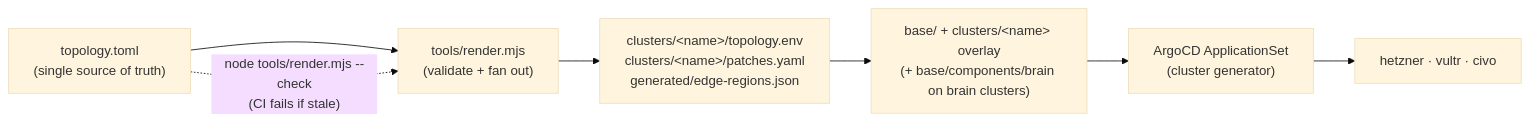
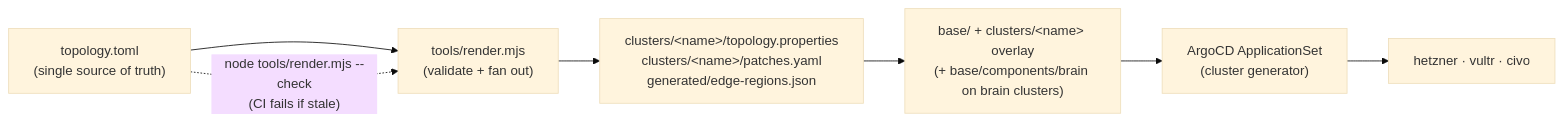
Before and after one commit to fiducia-cloud/fiducia-infra: the eighth of 8 diagrams in docs/multi-cluster-architecture.md, drawn with Mermaid (base theme). The commit also changed 76 other files, not shown here.

First line of the commit message:
security: harden encrypted env policy and complete topology config migration (#52)

````diff
--- a/docs/multi-cluster-architecture.md
+++ b/docs/multi-cluster-architecture.md
@@ -370,12 +370,12 @@
 ```mermaid
 flowchart LR
     topo["topology.toml<br/>(single source of truth)"]
     render["tools/render.mjs<br/>(validate + fan out)"]
-    gen["clusters/&lt;name&gt;/topology.env<br/>clusters/&lt;name&gt;/patches.yaml<br/>generated/edge-regions.json"]
+    gen["clusters/&lt;name&gt;/topology.properties<br/>clusters/&lt;name&gt;/patches.yaml<br/>generated/edge-regions.json"]
     kustomize["base/ + clusters/&lt;name&gt; overlay<br/>(+ base/components/brain on brain clusters)"]
     argo["ArgoCD ApplicationSet<br/>(cluster generator)"]
     clusters["hetzner · vultr · civo"]
 
     topo --> render --> gen --> kustomize --> argo --> clusters
     topo -. "node tools/render.mjs --check<br/>(CI fails if stale)" .-> render
 ```
````
